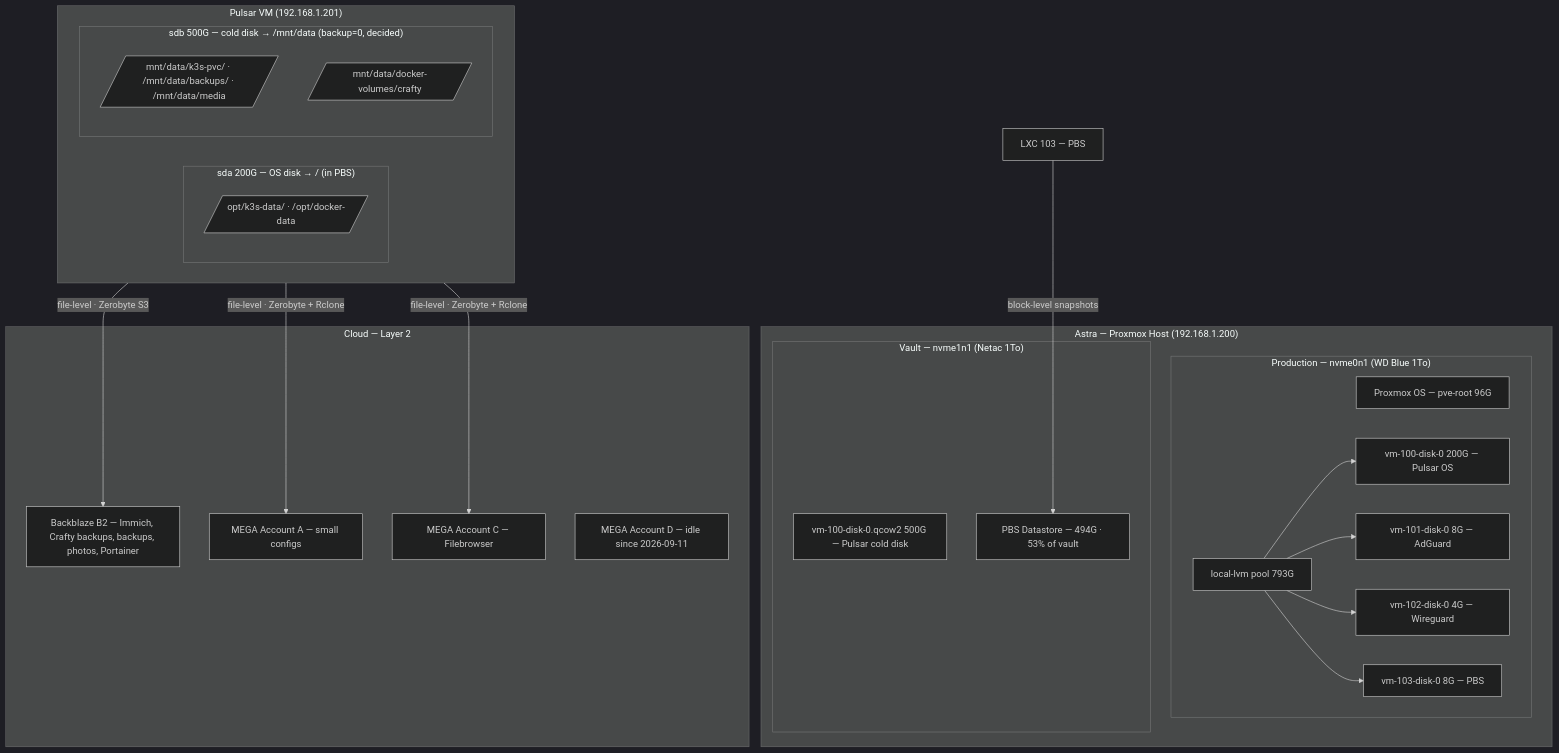
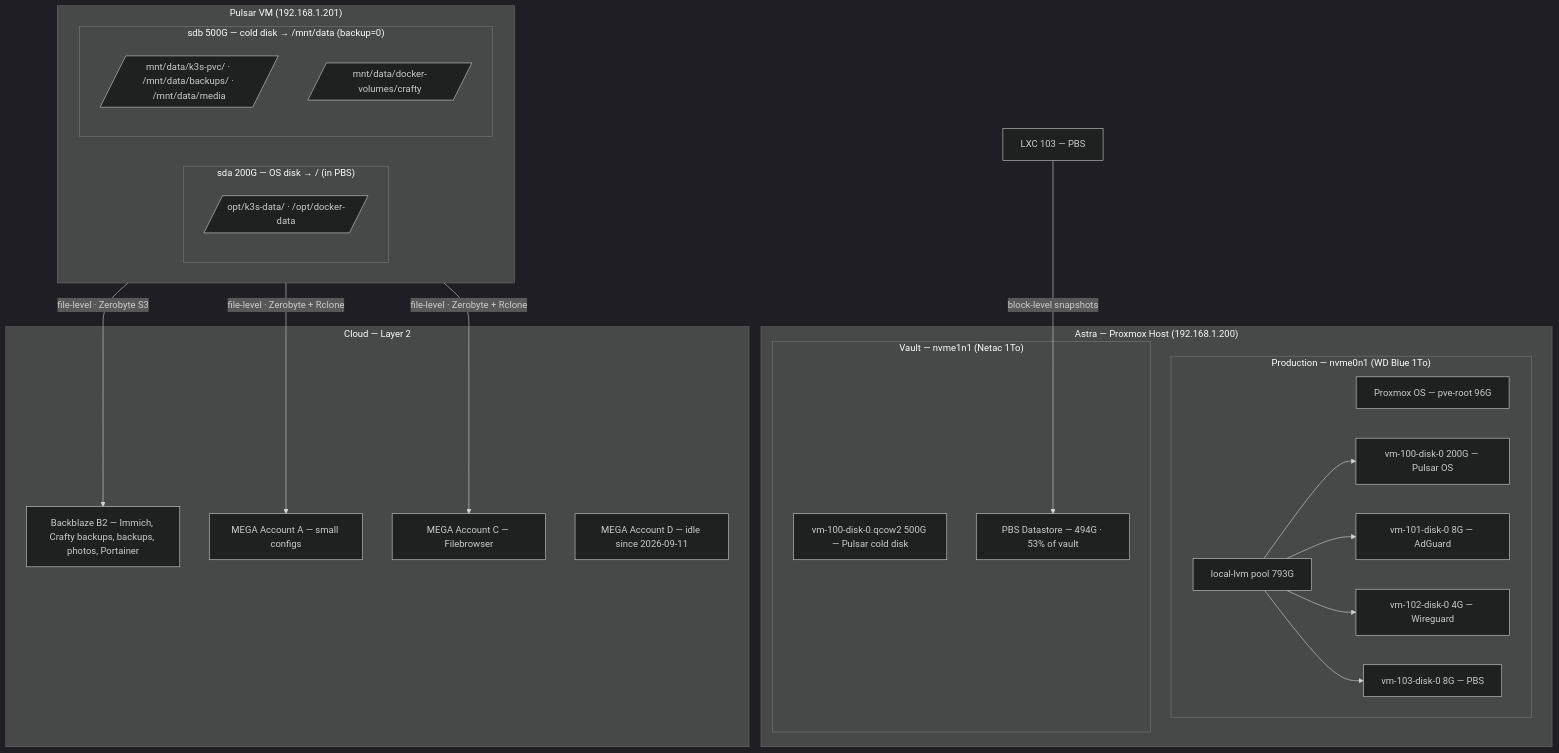
The diagram in docs/BACKUP.md (Enoal-Fauchille-Bolle/Astra-ops), drawn with Mermaid (dark theme) before and after one commit. The commit also changed other lines of this file and 1 other file, not shown here.

Commit message:
📝 [Docs] Document the Proxmox config backup and the applied cold-disk exclusion

````diff
--- a/docs/BACKUP.md
+++ b/docs/BACKUP.md
@@ -62,40 +64,40 @@
 ```mermaid
 graph TB
     subgraph ASTRA["Astra — Proxmox Host (192.168.1.200)"]
         subgraph PROD["Production — nvme0n1 (WD Blue 1To)"]
             PVE_OS[Proxmox OS — pve-root 96G]
             LVM[local-lvm pool 793G]
             LVM --> DISK0[vm-100-disk-0 200G — Pulsar OS]
             LVM --> DISK1[vm-101-disk-0 8G — AdGuard]
             LVM --> DISK2[vm-102-disk-0 4G — Wireguard]
             LVM --> DISK3[vm-103-disk-0 8G — PBS]
         end
 
         subgraph VAULT["Vault — nvme1n1 (Netac 1To)"]
             VAULT_IMAGES[vm-100-disk-0.qcow2 500G — Pulsar cold disk]
             PBS_DS[PBS Datastore — 494G · 53% of vault]
         end
     end
 
     subgraph PULSAR["Pulsar VM (192.168.1.201)"]
         subgraph SDA["sda 200G — OS disk → / (in PBS)"]
             OPT[/opt/k3s-data/ · /opt/docker-data/]
         end
-        subgraph SDB["sdb 500G — cold disk → /mnt/data (backup=0, decided)"]
+        subgraph SDB["sdb 500G — cold disk → /mnt/data (backup=0)"]
             MNT[/mnt/data/k3s-pvc/ · /mnt/data/backups/ · /mnt/data/media/]
             CRAFTY_VOL[/mnt/data/docker-volumes/crafty/]
         end
     end
 
     subgraph CLOUD["Cloud — Layer 2"]
         B2[Backblaze B2 — Immich, Crafty backups, backups, photos, Portainer]
         MEGA_A[MEGA Account A — small configs]
         MEGA_C[MEGA Account C — Filebrowser]
         MEGA_D[MEGA Account D — idle since 2026-09-11]
     end
 
     PBS_LXC[LXC 103 — PBS] -->|block-level snapshots| PBS_DS
     PULSAR -->|file-level · Zerobyte S3| B2
     PULSAR -->|file-level · Zerobyte + Rclone| MEGA_A
     PULSAR -->|file-level · Zerobyte + Rclone| MEGA_C
 ```
````
